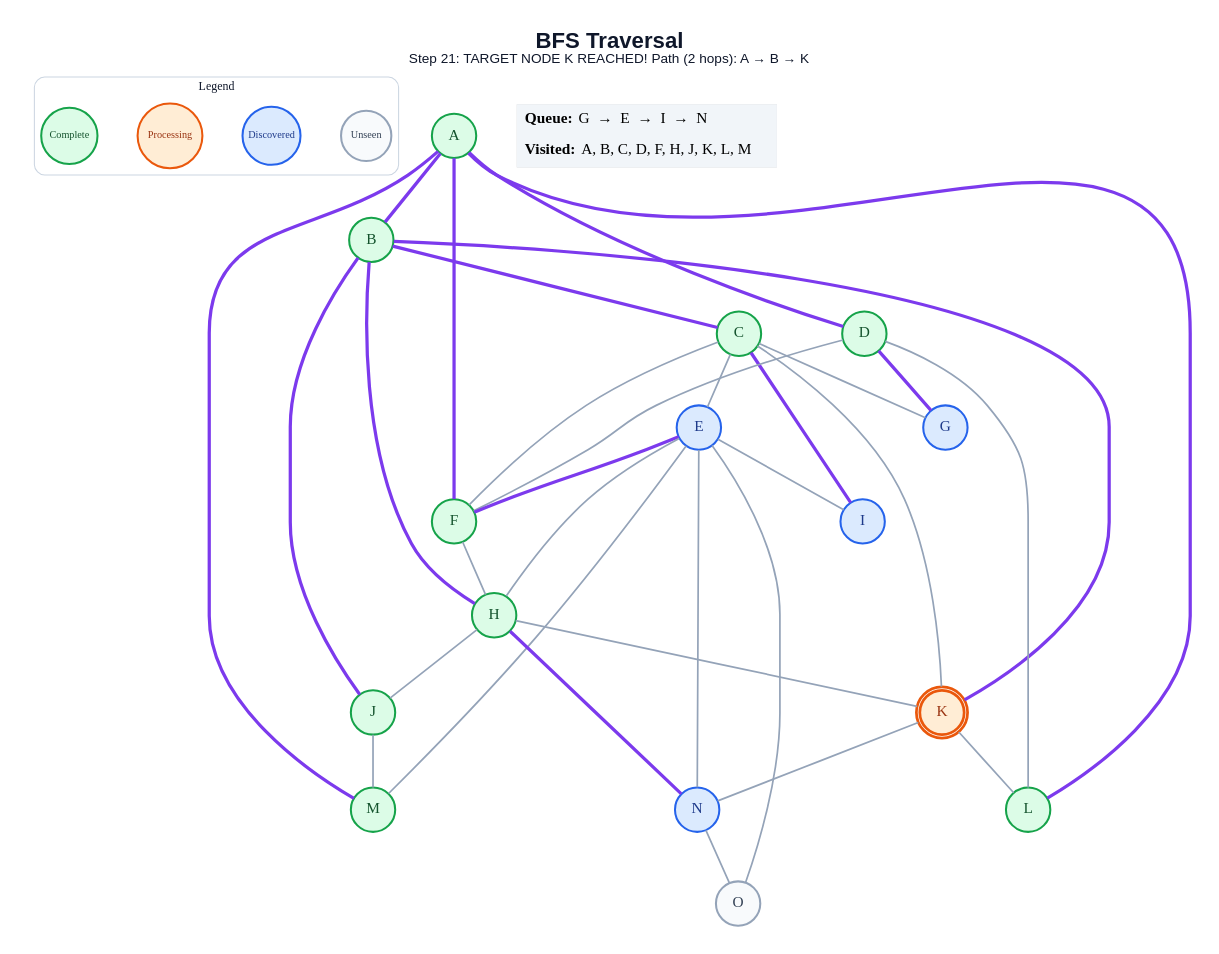
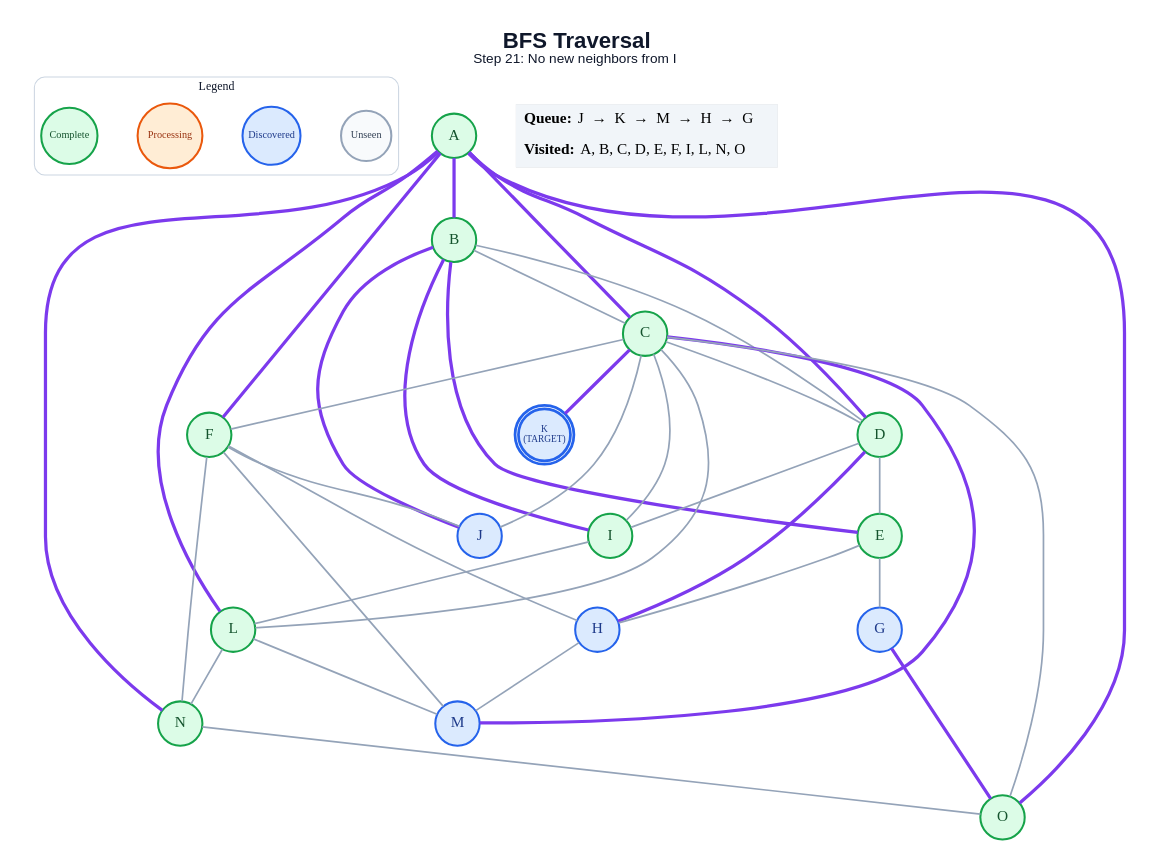
The diagram in generated/bfs/step_21.dot (anon7238593-create/ai-slop), drawn with Graphviz before and after one commit. The commit also changed 258 other files, not shown here.

```diff
--- a/generated/bfs/step_21.dot
+++ b/generated/bfs/step_21.dot
@@ -1,65 +1,69 @@
 graph traversal {
   graph [layout=dot, rankdir=TB, bgcolor="#FFFFFF", pad="0.35", nodesep="0.65", ranksep="0.8", fontname="Arial"];
   node [shape=circle, style="filled", fontname="Arial Bold", fontsize=18, width=0.72, fixedsize=true, penwidth=2.4];
   edge [color="#94A3B8", penwidth=2.0];
-  label=<<B>BFS Traversal</B><BR/><FONT POINT-SIZE="16">Step 21: TARGET NODE K REACHED! Path (2 hops): A → B → K</FONT>>; labelloc="t"; fontsize=26; fontname="Arial"; fontcolor="#0F172A";
+  label=<<B>BFS Traversal</B><BR/><FONT POINT-SIZE="16">Step 21: No new neighbors from I</FONT>>; labelloc="t"; fontsize=26; fontname="Arial"; fontcolor="#0F172A";
   subgraph cluster_legend { label="Legend"; color="#CBD5E1"; penwidth=1.2; style="rounded"; fontsize=14; fontname="Arial Bold";
     key_unseen [label="Unseen", fillcolor="#F8FAFC", color="#94A3B8", fontcolor="#334155", fontsize=12, width=0.82];
     key_frontier [label="Discovered", fillcolor="#DBEAFE", color="#2563EB", fontcolor="#1E3A8A", fontsize=12, width=0.95];
     key_current [label="Processing", fillcolor="#FFEDD5", color="#EA580C", fontcolor="#9A3412", fontsize=12, width=1.05];
     key_done [label="Complete", fillcolor="#DCFCE7", color="#16A34A", fontcolor="#14532D", fontsize=12, width=0.92];
     { rank=same; key_unseen; key_frontier; key_current; key_done; }
   }
   A [label="A", fillcolor="#DCFCE7", color="#16A34A", fontcolor="#14532D", peripheries=1, penwidth=2.4];
   B [label="B", fillcolor="#DCFCE7", color="#16A34A", fontcolor="#14532D", peripheries=1, penwidth=2.4];
   C [label="C", fillcolor="#DCFCE7", color="#16A34A", fontcolor="#14532D", peripheries=1, penwidth=2.4];
   D [label="D", fillcolor="#DCFCE7", color="#16A34A", fontcolor="#14532D", peripheries=1, penwidth=2.4];
-  E [label="E", fillcolor="#DBEAFE", color="#2563EB", fontcolor="#1E3A8A", peripheries=1, penwidth=2.4];
+  E [label="E", fillcolor="#DCFCE7", color="#16A34A", fontcolor="#14532D", peripheries=1, penwidth=2.4];
   F [label="F", fillcolor="#DCFCE7", color="#16A34A", fontcolor="#14532D", peripheries=1, penwidth=2.4];
   G [label="G", fillcolor="#DBEAFE", color="#2563EB", fontcolor="#1E3A8A", peripheries=1, penwidth=2.4];
-  H [label="H", fillcolor="#DCFCE7", color="#16A34A", fontcolor="#14532D", peripheries=1, penwidth=2.4];
-  I [label="I", fillcolor="#DBEAFE", color="#2563EB", fontcolor="#1E3A8A", peripheries=1, penwidth=2.4];
-  J [label="J", fillcolor="#DCFCE7", color="#16A34A", fontcolor="#14532D", peripheries=1, penwidth=2.4];
-  K [label="K", fillcolor="#FFEDD5", color="#EA580C", fontcolor="#9A3412", peripheries=2, penwidth=3.2];
+  H [label="H", fillcolor="#DBEAFE", color="#2563EB", fontcolor="#1E3A8A", peripheries=1, penwidth=2.4];
+  I [label="I", fillcolor="#DCFCE7", color="#16A34A", fontcolor="#14532D", peripheries=1, penwidth=2.4];
+  J [label="J", fillcolor="#DBEAFE", color="#2563EB", fontcolor="#1E3A8A", peripheries=1, penwidth=2.4];
+  K [label="K\n(TARGET)", fillcolor="#DBEAFE", color="#2563EB", fontcolor="#1E3A8A", peripheries=2, penwidth=3.2, fontsize=11, width=0.85, height=0.85];
   L [label="L", fillcolor="#DCFCE7", color="#16A34A", fontcolor="#14532D", peripheries=1, penwidth=2.4];
-  M [label="M", fillcolor="#DCFCE7", color="#16A34A", fontcolor="#14532D", peripheries=1, penwidth=2.4];
-  N [label="N", fillcolor="#DBEAFE", color="#2563EB", fontcolor="#1E3A8A", peripheries=1, penwidth=2.4];
-  O [label="O", fillcolor="#F8FAFC", color="#94A3B8", fontcolor="#334155", peripheries=1, penwidth=2.4];
+  M [label="M", fillcolor="#DBEAFE", color="#2563EB", fontcolor="#1E3A8A", peripheries=1, penwidth=2.4];
+  N [label="N", fillcolor="#DCFCE7", color="#16A34A", fontcolor="#14532D", peripheries=1, penwidth=2.4];
+  O [label="O", fillcolor="#DCFCE7", color="#16A34A", fontcolor="#14532D", peripheries=1, penwidth=2.4];
   A -- B [color="#7C3AED", penwidth=3.8];
+  A -- C [color="#7C3AED", penwidth=3.8];
   A -- D [color="#7C3AED", penwidth=3.8];
   A -- F [color="#7C3AED", penwidth=3.8];
   A -- L [color="#7C3AED", penwidth=3.8];
-  A -- M [color="#7C3AED", penwidth=3.8];
-  B -- C [color="#7C3AED", penwidth=3.8];
-  B -- H [color="#7C3AED", penwidth=3.8];
+  A -- N [color="#7C3AED", penwidth=3.8];
+  A -- O [color="#7C3AED", penwidth=3.8];
+  B -- C;
+  B -- D;
+  B -- E [color="#7C3AED", penwidth=3.8];
+  B -- I [color="#7C3AED", penwidth=3.8];
   B -- J [color="#7C3AED", penwidth=3.8];
-  B -- K [color="#7C3AED", penwidth=3.8];
-  C -- E;
+  C -- D;
   C -- F;
-  C -- G;
-  C -- I [color="#7C3AED", penwidth=3.8];
-  C -- K;
-  D -- F;
-  D -- G [color="#7C3AED", penwidth=3.8];
-  D -- L;
-  E -- F [color="#7C3AED", penwidth=3.8];
+  C -- I;
+  C -- J;
+  C -- K [color="#7C3AED", penwidth=3.8];
+  C -- L;
+  C -- M [color="#7C3AED", penwidth=3.8];
+  C -- O;
+  D -- E;
+  D -- H [color="#7C3AED", penwidth=3.8];
+  D -- I;
+  E -- G;
   E -- H;
-  E -- I;
-  E -- M;
-  E -- N;
-  E -- O;
   F -- H;
-  H -- J;
-  H -- K;
-  H -- N [color="#7C3AED", penwidth=3.8];
-  J -- M;
-  K -- L;
-  K -- N;
+  F -- J;
+  F -- M;
+  F -- N;
+  G -- O [color="#7C3AED", penwidth=3.8];
+  H -- M;
+  I -- L;
+  L -- M;
+  L -- N;
   N -- O;
   status [shape=plain, fixedsize=false, width=0, height=0, margin=0, label=<
     <TABLE BORDER="0" CELLBORDER="0" CELLPADDING="7" BGCOLOR="#F1F5F9">
-      <TR><TD ALIGN="LEFT"><B>Queue:</B> G  →  E  →  I  →  N</TD></TR>
-      <TR><TD ALIGN="LEFT"><B>Visited:</B> A, B, C, D, F, H, J, K, L, M</TD></TR>
+      <TR><TD ALIGN="LEFT"><B>Queue:</B> J  →  K  →  M  →  H  →  G</TD></TR>
+      <TR><TD ALIGN="LEFT"><B>Visited:</B> A, B, C, D, E, F, I, L, N, O</TD></TR>
     </TABLE>
   >];
 }
```
